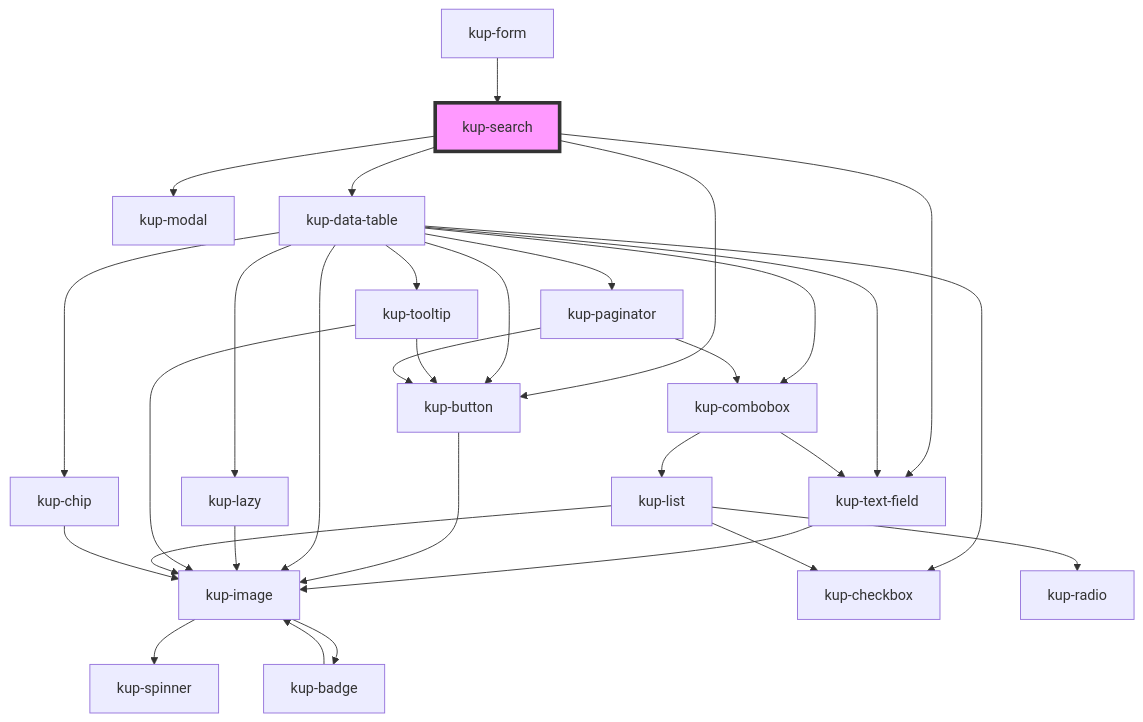
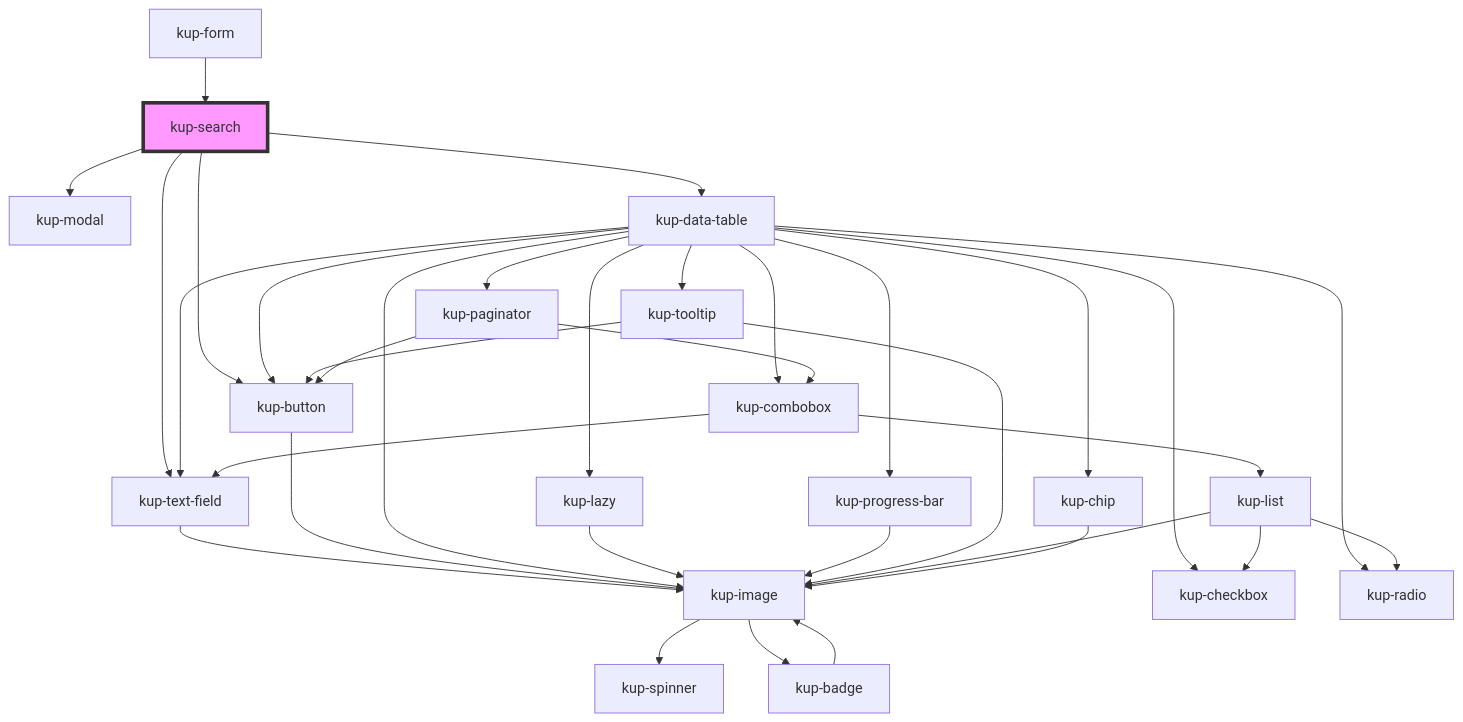
One commit to smeup/ketchup changed the diagram in packages/ketchup/src/components/kup-search/readme.md. Above: the diagram before and after it, drawn with Mermaid. The commit also changed 6 other files, not shown here.

Commit message:
Remvoed lazy cells for button, progress bar, radio, checkbox, icon.

````diff
--- a/packages/ketchup/src/components/kup-search/readme.md
+++ b/packages/ketchup/src/components/kup-search/readme.md
@@ -43,34 +43,37 @@
 ```mermaid
 graph TD;
   kup-search --> kup-text-field
   kup-search --> kup-button
   kup-search --> kup-modal
   kup-search --> kup-data-table
   kup-text-field --> kup-image
   kup-image --> kup-spinner
   kup-image --> kup-badge
   kup-badge --> kup-image
   kup-button --> kup-image
   kup-data-table --> kup-checkbox
   kup-data-table --> kup-button
   kup-data-table --> kup-image
   kup-data-table --> kup-text-field
   kup-data-table --> kup-lazy
+  kup-data-table --> kup-progress-bar
+  kup-data-table --> kup-radio
   kup-data-table --> kup-tooltip
   kup-data-table --> kup-paginator
   kup-data-table --> kup-combobox
   kup-data-table --> kup-chip
   kup-lazy --> kup-image
+  kup-progress-bar --> kup-image
   kup-tooltip --> kup-button
   kup-tooltip --> kup-image
   kup-paginator --> kup-button
   kup-paginator --> kup-combobox
   kup-combobox --> kup-text-field
   kup-combobox --> kup-list
   kup-list --> kup-image
   kup-list --> kup-radio
   kup-list --> kup-checkbox
   kup-chip --> kup-image
   kup-form --> kup-search
   style kup-search fill:#f9f,stroke:#333,stroke-width:4px
 ```
````
